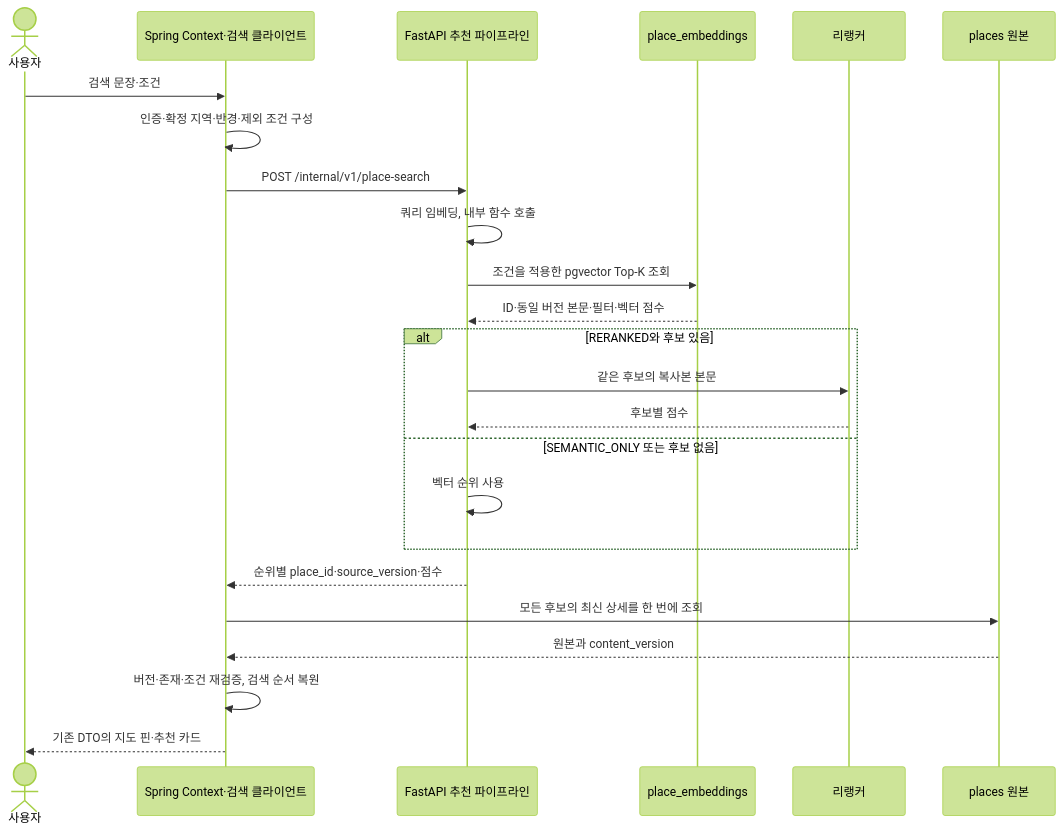
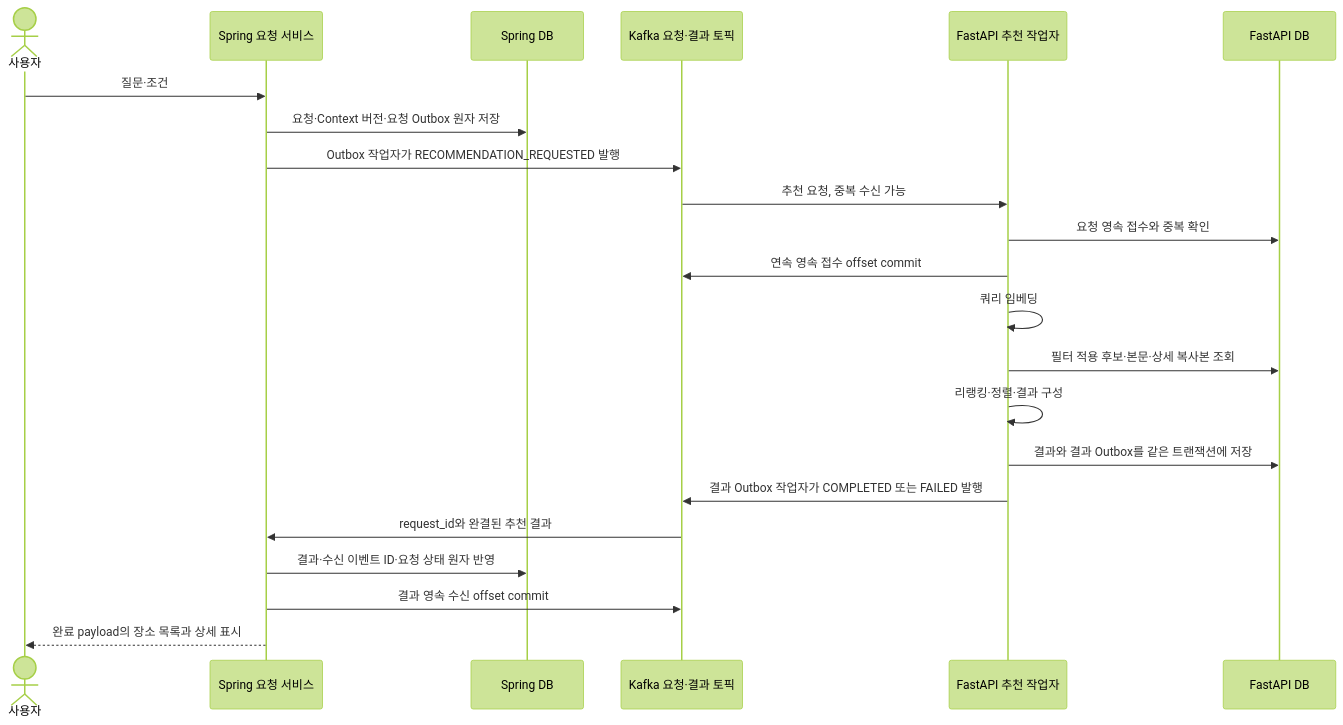
The third of 3 diagrams in docs/architecture/fastapi-place-recommendation.md (yollo4179/TravelMate), drawn with Mermaid (forest theme) before and after one commit. The commit also changed other lines of this file and 5 other files, not shown here.

Commit message:
Specify separate search DB and full Kafka recommendation results

````diff
--- a/docs/architecture/fastapi-place-recommendation.md
+++ b/docs/architecture/fastapi-place-recommendation.md
@@ -87,26 +74,24 @@
 ```mermaid
 sequenceDiagram
     actor User as 사용자
-    participant Spring as Spring Context·검색 클라이언트
-    participant API as FastAPI 추천 파이프라인
-    participant Index as place_embeddings
-    participant Rank as 리랭커
-    participant Source as places 원본
-    User->>Spring: 검색 문장·조건
-    Spring->>Spring: 인증·확정 지역·반경·제외 조건 구성
-    Spring->>API: POST /internal/v1/place-search
-    API->>API: 쿼리 임베딩, 내부 함수 호출
-    API->>Index: 조건을 적용한 pgvector Top-K 조회
-    Index-->>API: ID·동일 버전 본문·필터·벡터 점수
-    alt RERANKED와 후보 있음
-        API->>Rank: 같은 후보의 복사본 본문
-        Rank-->>API: 후보별 점수
-    else SEMANTIC_ONLY 또는 후보 없음
-        API->>API: 벡터 순위 사용
-    end
-    API-->>Spring: 순위별 place_id·source_version·점수
-    Spring->>Source: 모든 후보의 최신 상세를 한 번에 조회
-    Source-->>Spring: 원본과 content_version
-    Spring->>Spring: 버전·존재·조건 재검증, 검색 순서 복원
-    Spring-->>User: 기존 DTO의 지도 핀·추천 카드
+    participant Spring as Spring 요청 서비스
+    participant SourceDB as Spring DB
+    participant Kafka as Kafka 요청·결과 토픽
+    participant Worker as FastAPI 추천 작업자
+    participant SearchDB as FastAPI DB
+    User->>Spring: 질문·조건
+    Spring->>SourceDB: 요청·Context 버전·요청 Outbox 원자 저장
+    Spring->>Kafka: Outbox 작업자가 RECOMMENDATION_REQUESTED 발행
+    Kafka->>Worker: 추천 요청, 중복 수신 가능
+    Worker->>SearchDB: 요청 영속 접수와 중복 확인
+    Worker->>Kafka: 연속 영속 접수 offset commit
+    Worker->>Worker: 쿼리 임베딩
+    Worker->>SearchDB: 필터 적용 후보·본문·상세 복사본 조회
+    Worker->>Worker: 리랭킹·정렬·결과 구성
+    Worker->>SearchDB: 결과와 결과 Outbox를 같은 트랜잭션에 저장
+    Worker->>Kafka: 결과 Outbox 작업자가 COMPLETED 또는 FAILED 발행
+    Kafka->>Spring: request_id와 완결된 추천 결과
+    Spring->>SourceDB: 결과·수신 이벤트 ID·요청 상태 원자 반영
+    Spring->>Kafka: 결과 영속 수신 offset commit
+    Spring-->>User: 완료 payload의 장소 목록과 상세 표시
 ```
````
